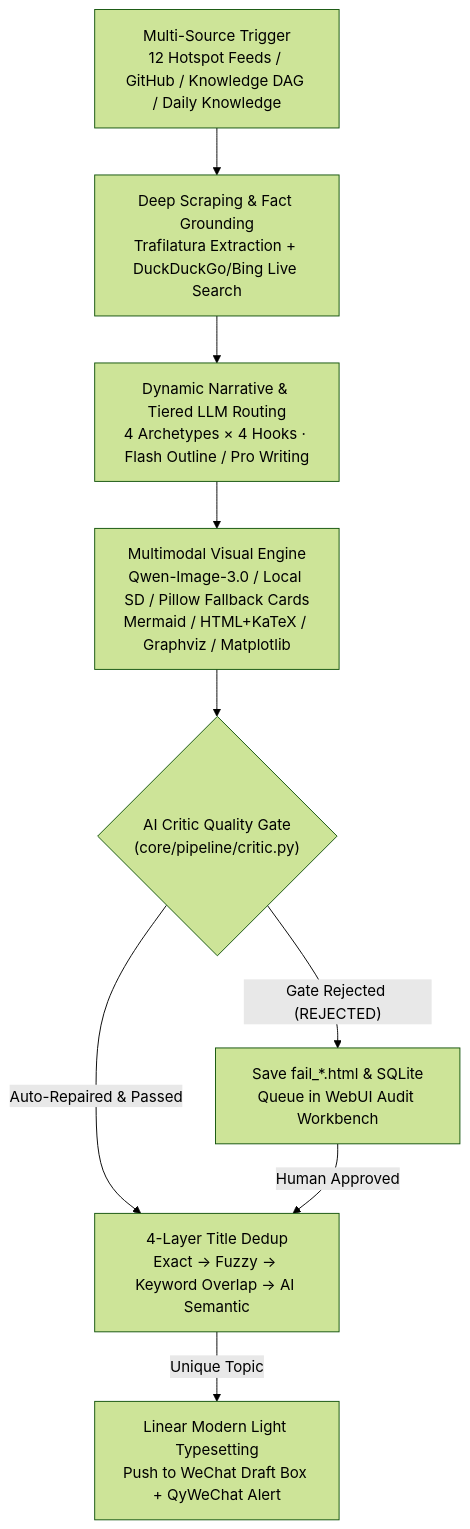
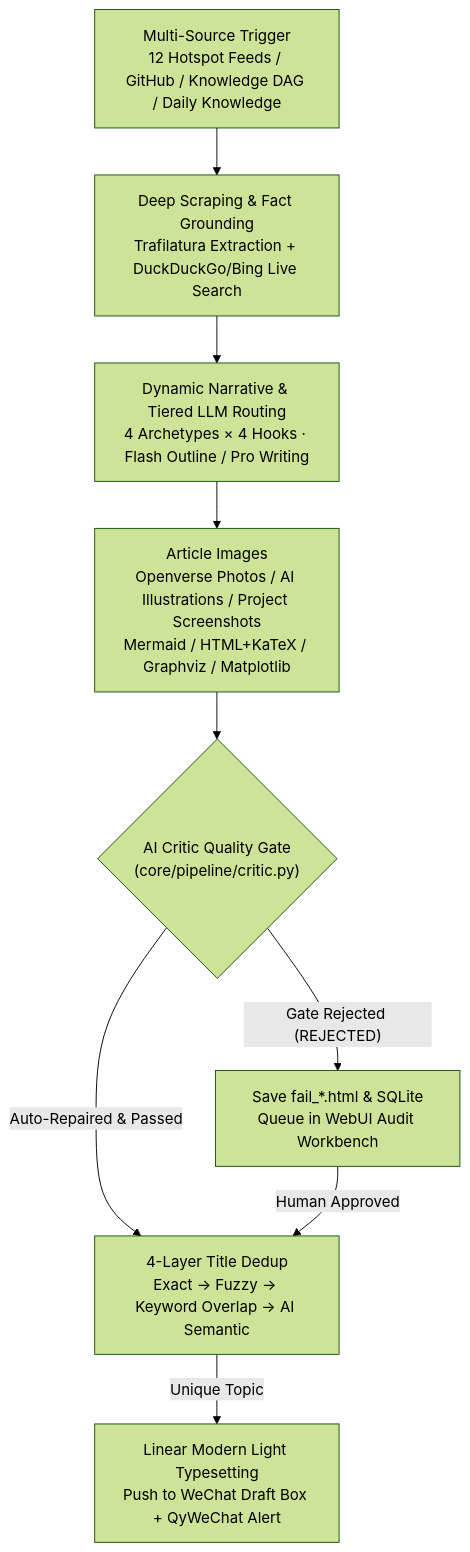
The diagram in README_EN.md (Chain813/wechat-automatic-publisher), drawn with Mermaid (forest theme) before and after one commit. The commit also changed other lines of this file and 34 other files, not shown here.

Commit message:
feat(core): update brand config, grounded writing, Openverse photos, and dynamic hotspot tiers

````diff
--- a/README_EN.md
+++ b/README_EN.md
@@ -54,11 +54,11 @@
 ```mermaid
 flowchart TD
     A["Multi-Source Trigger<br/>12 Hotspot Feeds / GitHub / Knowledge DAG / Daily Knowledge"] --> B["Deep Scraping & Fact Grounding<br/>Trafilatura Extraction + DuckDuckGo/Bing Live Search"]
     B --> C["Dynamic Narrative & Tiered LLM Routing<br/>4 Archetypes × 4 Hooks · Flash Outline / Pro Writing"]
-    C --> D["Multimodal Visual Engine<br/>Qwen-Image-3.0 / Local SD / Pillow Fallback Cards<br/>Mermaid / HTML+KaTeX / Graphviz / Matplotlib"]
+    C --> D["Article Images<br/>Openverse Photos / AI Illustrations / Project Screenshots<br/>Mermaid / HTML+KaTeX / Graphviz / Matplotlib"]
     D --> E{"AI Critic Quality Gate<br/>(core/pipeline/critic.py)"}
     E -- "Auto-Repaired & Passed" --> F["4-Layer Title Dedup<br/>Exact → Fuzzy → Keyword Overlap → AI Semantic"]
     E -- "Gate Rejected (REJECTED)" --> G["Save fail_*.html & SQLite<br/>Queue in WebUI Audit Workbench"]
     G -- "Human Approved" --> F
     F -- "Unique Topic" --> H["Linear Modern Light Typesetting<br/>Push to WeChat Draft Box + QyWeChat Alert"]
 ```
````
